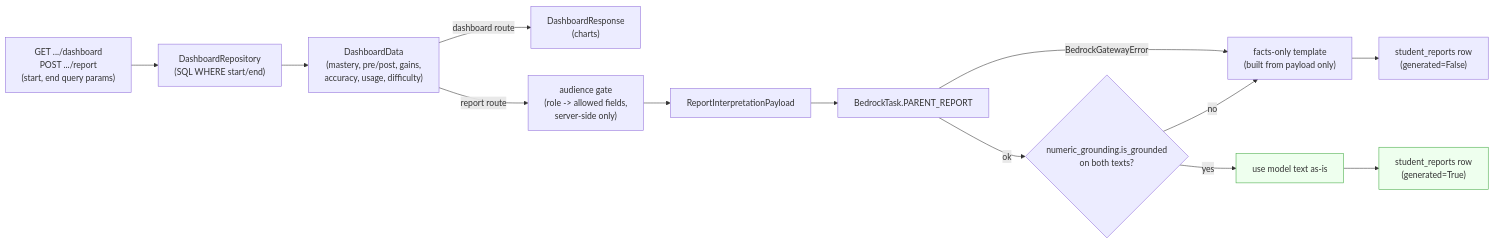
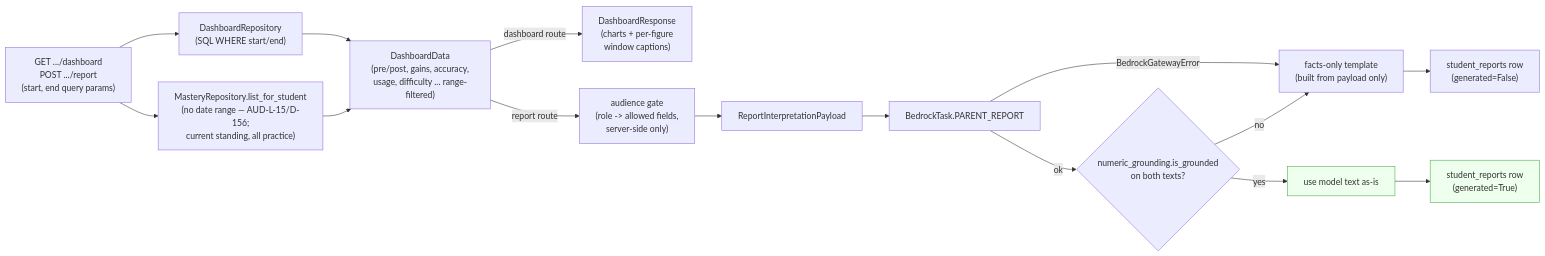
One commit to lucasjeongsikpark/IntelliChoice changed diagram 11 of 11 in docs/ARCHITECTURE.md. Above: the diagram before and after it, drawn with Mermaid. The commit also changed other lines of this file and 26 other files, not shown here.

````diff
--- a/docs/ARCHITECTURE.md
+++ b/docs/ARCHITECTURE.md
@@ -816,18 +871,20 @@
 ```mermaid
 flowchart LR
     REQ["GET .../dashboard<br/>POST .../report<br/>(start, end query params)"] --> RANGE["DashboardRepository<br/>(SQL WHERE start/end)"]
-    RANGE --> DATA["DashboardData<br/>(mastery, pre/post, gains,<br/>accuracy, usage, difficulty)"]
-    DATA -->|"dashboard route"| DTO["DashboardResponse<br/>(charts)"]
+    REQ --> NORANGE["MasteryRepository.list_for_student<br/>(no date range — AUD-L-15/D-156;<br/>current standing, all practice)"]
+    RANGE --> DATA["DashboardData<br/>(pre/post, gains, accuracy,<br/>usage, difficulty ... range-filtered)"]
+    NORANGE --> DATA
+    DATA -->|"dashboard route"| DTO["DashboardResponse<br/>(charts + per-figure<br/>window captions)"]
     DATA -->|"report route"| GATE["audience gate<br/>(role -> allowed fields,<br/>server-side only)"]
     GATE --> PAYLOAD["ReportInterpretationPayload"]
     PAYLOAD --> CALL["BedrockTask.PARENT_REPORT"]
     CALL -->|"BedrockGatewayError"| FALLBACK["facts-only template<br/>(built from payload only)"]
     CALL -->|"ok"| GROUND{"numeric_grounding.is_grounded<br/>on both texts?"}
     GROUND -->|"no"| FALLBACK
     GROUND -->|"yes"| TRUST["use model text as-is"]
     FALLBACK --> PERSIST["student_reports row<br/>(generated=False)"]
     TRUST --> PERSIST2["student_reports row<br/>(generated=True)"]
 
     classDef terminal fill:#efe,stroke:#4a4
     class TRUST,PERSIST2 terminal
 ```
````
